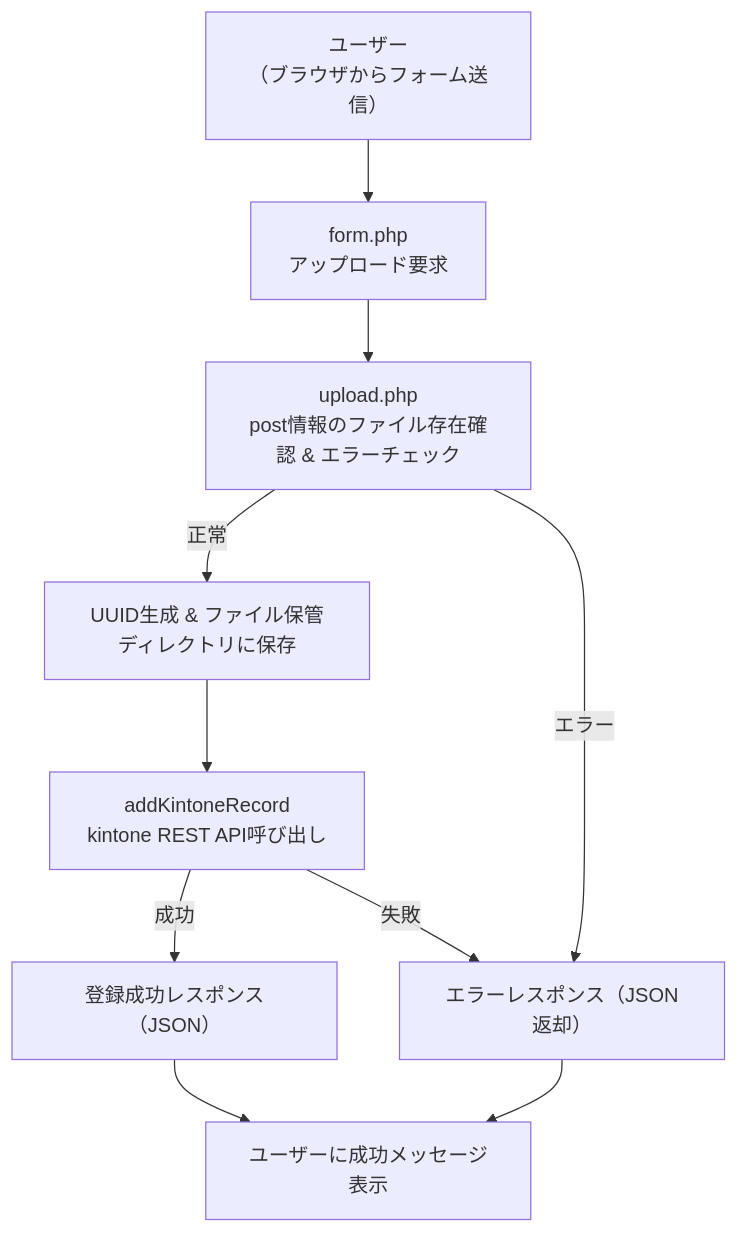
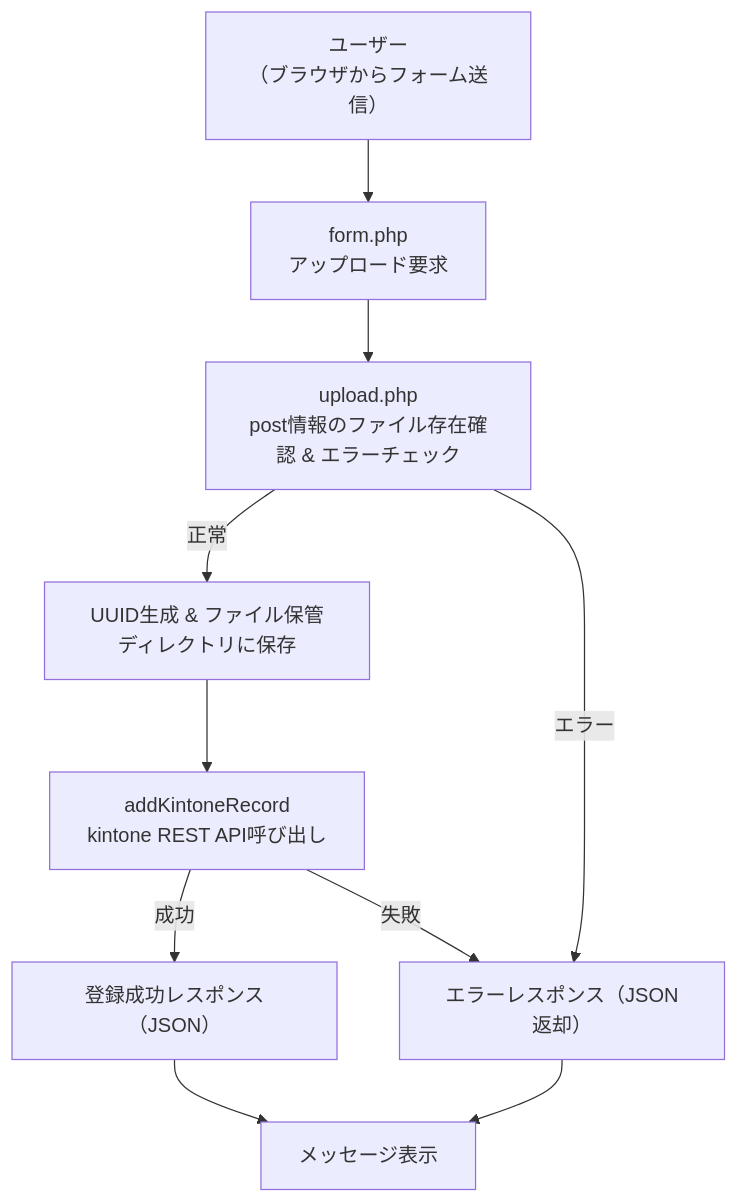
One commit to Kahiro-M/fileUploader4KntnFileSv changed the third of 7 diagrams in design.md. Above: the diagram before and after it, drawn with Mermaid. The commit also changed other lines of this file, not shown here.

````diff
--- a/design.md
+++ b/design.md
@@ -29,12 +56,12 @@
 ```mermaid
 flowchart TD
     USR[ユーザー<br>（ブラウザからフォーム送信）] --> FRM[form.php<br>アップロード要求]
     FRM --> UP[upload.php<br>post情報のファイル存在確認 & エラーチェック]
     UP -->|正常| UP_UUID[UUID生成 & ファイル保管ディレクトリに保存]
     UP -->|エラー| UP_ERR[エラーレスポンス（JSON返却）]
     UP_UUID --> ADD_KNTN[addKintoneRecord <br>kintone REST API呼び出し]
     ADD_KNTN -->|成功| UP_SUC[登録成功レスポンス（JSON）]
     ADD_KNTN -->|失敗| UP_ERR[エラーレスポンス（JSON返却）]
-    UP_SUC --> G[ユーザーに成功メッセージ表示]
+    UP_SUC --> G[メッセージ表示]
     UP_ERR --> G
 ```
````
